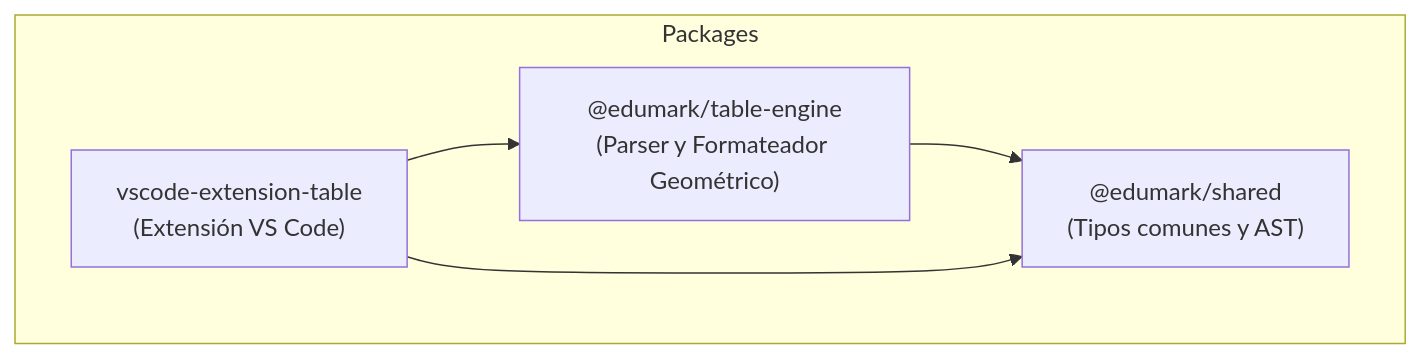
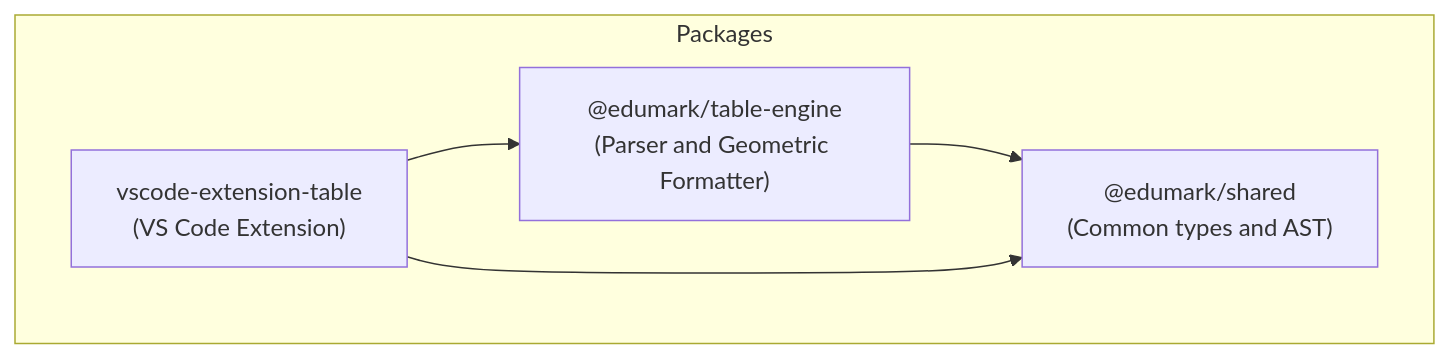
One commit to gerardfp/Ataula changed the diagram in packages/vscode-extension-table/README.md. Above: the diagram before and after it, drawn with Mermaid. The commit also changed other lines of this file and 6 other files, not shown here.

````diff
--- a/packages/vscode-extension-table/README.md
+++ b/packages/vscode-extension-table/README.md
@@ -43,12 +42,12 @@
 ```mermaid
 graph TD
     subgraph Packages
-        shared["@edumark/shared<br>(Tipos comunes y AST)"]
-        engine["@edumark/table-engine<br>(Parser y Formateador Geométrico)"]
-        extension["vscode-extension-table<br>(Extensión VS Code)"]
+        shared["@edumark/shared<br>(Common types and AST)"]
+        engine["@edumark/table-engine<br>(Parser and Geometric Formatter)"]
+        extension["vscode-extension-table<br>(VS Code Extension)"]
     end
 
     engine --> shared
     extension --> shared
     extension --> engine
 ```
````
